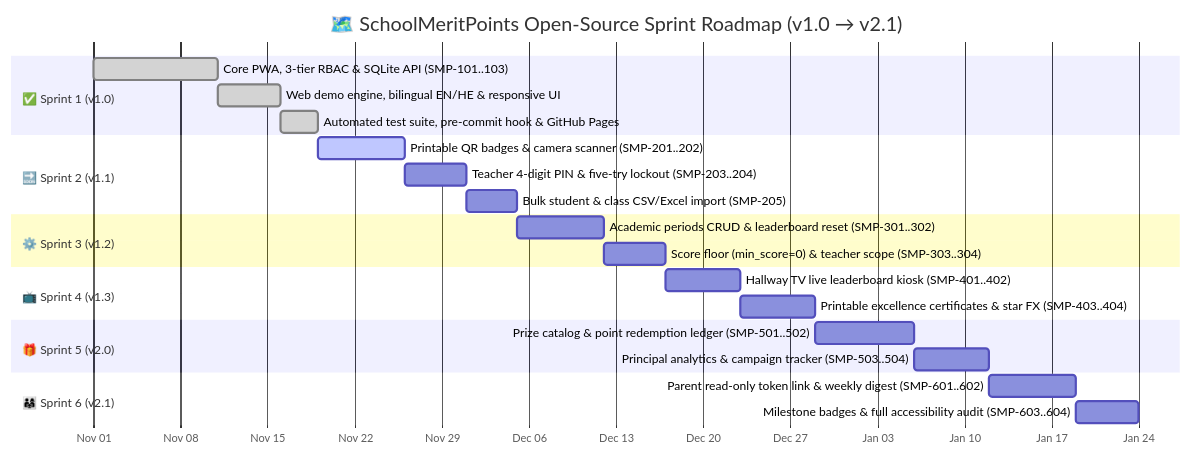
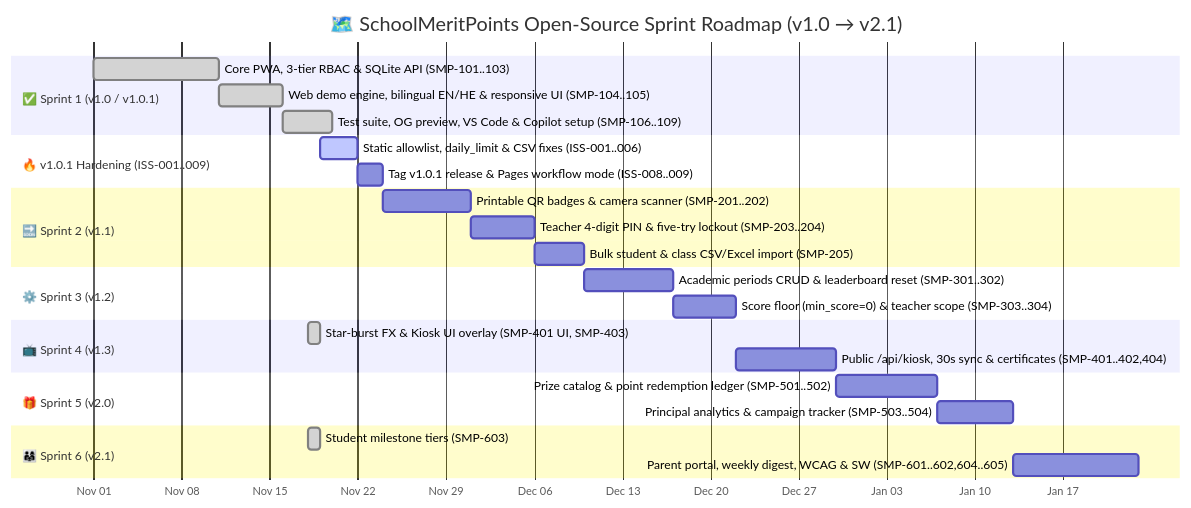
The first of 2 diagrams in ROADMAP.md (RajwanYair/SchoolMeritPoints), drawn with Mermaid before and after one commit. The commit also changed other lines of this file and 24 other files, not shown here.

Commit message:
feat(hardening+dx): implement ISS-001..009 & SMP-401, consolidate docs, add VS Code/Copilot & release workflow

````diff
--- a/ROADMAP.md
+++ b/ROADMAP.md
@@ -37,32 +51,36 @@
 ```mermaid
 gantt
     title 🗺️ SchoolMeritPoints Open-Source Sprint Roadmap (v1.0 → v2.1)
     dateFormat  YYYY-MM-DD
     axisFormat  %b %d
 
-    section ✅ Sprint 1 (v1.0)
-    Core PWA, 3-tier RBAC & SQLite API (SMP-101..103)     :done, s1a, 2026-11-01, 10d
-    Web demo engine, bilingual EN/HE & responsive UI      :done, s1b, 2026-11-11, 5d
-    Automated test suite, pre-commit hook & GitHub Pages  :done, s1c, 2026-11-16, 3d
+    section ✅ Sprint 1 (v1.0 / v1.0.1)
+    Core PWA, 3-tier RBAC & SQLite API (SMP-101..103)           :done, s1a, 2026-11-01, 10d
+    Web demo engine, bilingual EN/HE & responsive UI (SMP-104..105) :done, s1b, 2026-11-11, 5d
+    Test suite, OG preview, VS Code & Copilot setup (SMP-106..109)  :done, s1c, 2026-11-16, 4d
+
+    section 🔥 v1.0.1 Hardening (ISS-001..009)
+    Static allowlist, daily_limit & CSV fixes (ISS-001..006)    :active, h1, 2026-11-19, 3d
+    Tag v1.0.1 release & Pages workflow mode (ISS-008..009)     :h2, after h1, 2d
 
     section 🔜 Sprint 2 (v1.1)
-    Printable QR badges & camera scanner (SMP-201..202)   :active, s2a, 2026-11-19, 7d
-    Teacher 4-digit PIN & five-try lockout (SMP-203..204) :s2b, after s2a, 5d
-    Bulk student & class CSV/Excel import (SMP-205)       :s2c, after s2b, 4d
+    Printable QR badges & camera scanner (SMP-201..202)         :s2a, after h2, 7d
+    Teacher 4-digit PIN & five-try lockout (SMP-203..204)       :s2b, after s2a, 5d
+    Bulk student & class CSV/Excel import (SMP-205)             :s2c, after s2b, 4d
 
     section ⚙️ Sprint 3 (v1.2)
-    Academic periods CRUD & leaderboard reset (SMP-301..302) :s3a, after s2c, 7d
-    Score floor (min_score=0) & teacher scope (SMP-303..304) :s3b, after s3a, 5d
+    Academic periods CRUD & leaderboard reset (SMP-301..302)    :s3a, after s2c, 7d
+    Score floor (min_score=0) & teacher scope (SMP-303..304)    :s3b, after s3a, 5d
 
     section 📺 Sprint 4 (v1.3)
-    Hallway TV live leaderboard kiosk (SMP-401..402)      :s4a, after s3b, 6d
-    Printable excellence certificates & star FX (SMP-403..404):s4b, after s4a, 6d
+    Star-burst FX & Kiosk UI overlay (SMP-401 UI, SMP-403)      :done, s4pre, 2026-11-18, 1d
+    Public /api/kiosk, 30s sync & certificates (SMP-401..402,404):s4a, after s3b, 8d
 
     section 🎁 Sprint 5 (v2.0)
-    Prize catalog & point redemption ledger (SMP-501..502):s5a, after s4b, 8d
-    Principal analytics & campaign tracker (SMP-503..504) :s5b, after s5a, 6d
+    Prize catalog & point redemption ledger (SMP-501..502)      :s5a, after s4a, 8d
+    Principal analytics & campaign tracker (SMP-503..504)       :s5b, after s5a, 6d
 
     section 👨‍👩‍👧 Sprint 6 (v2.1)
-    Parent read-only token link & weekly digest (SMP-601..602):s6a, after s5b, 7d
-    Milestone badges & full accessibility audit (SMP-603..604):s6b, after s6a, 5d
+    Student milestone tiers (SMP-603)                           :done, s6pre, 2026-11-18, 1d
+    Parent portal, weekly digest, WCAG & SW (SMP-601..602,604..605):s6a, after s5b, 10d
 ```
````
